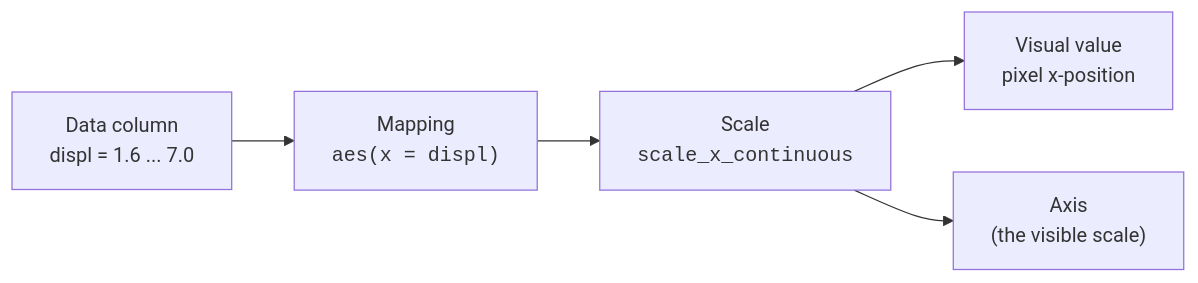
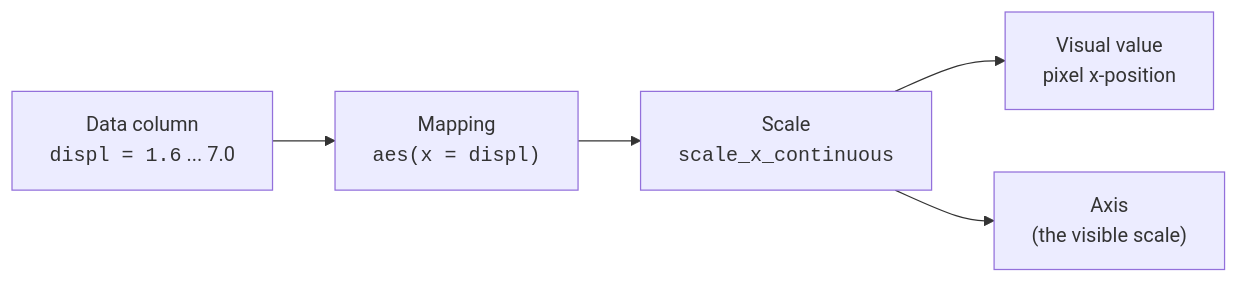
Before and after one commit to dataslope/dataslope: the diagram in content/learn/mastering-ggplot2/what-scales-do.mdx, drawn with Mermaid. The commit also changed 100 other files, not shown here.

First line of the commit message:
Wrap more code in diagram labels: filenames, hex, assignments, subgraph titles

````diff
--- a/content/learn/mastering-ggplot2/what-scales-do.mdx
+++ b/content/learn/mastering-ggplot2/what-scales-do.mdx
@@ -17,7 +17,7 @@
 ```mermaid
 flowchart LR
-    COL["Data column<br/>displ = 1.6 ... 7.0"] --> MAP["Mapping<br/><code>aes(x = displ)</code>"]
+    COL["Data column<br/><code>displ = 1.6</code> ... 7.0"] --> MAP["Mapping<br/><code>aes(x = displ)</code>"]
     MAP --> SCALE["Scale<br/><code>scale_x_continuous</code>"]
     SCALE --> PIX["Visual value<br/>pixel x-position"]
     SCALE --> AXIS["Axis<br/>(the visible scale)"]
 ```
````
